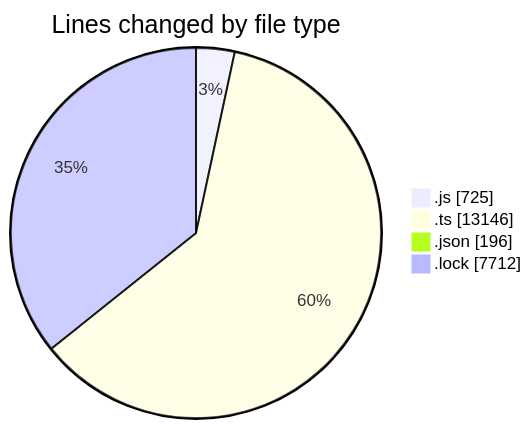
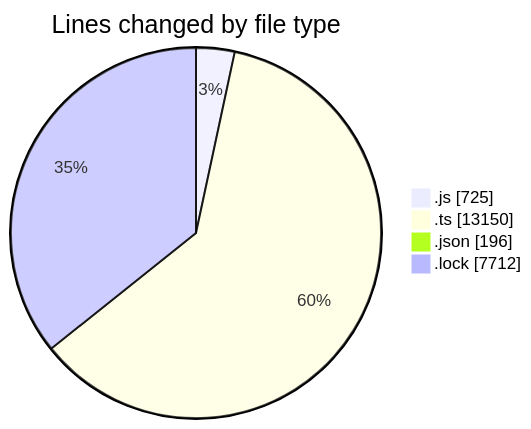
Before and after one commit to momahboobian/code-tracking: the first of 2 diagrams in 2025-05-29/cda/README.md, drawn with Mermaid. The commit also changed other lines of this file and 1 other file, not shown here.

````diff
--- a/2025-05-29/cda/README.md
+++ b/2025-05-29/cda/README.md
@@ -35,8 +35,8 @@
 ```mermaid
 pie showData
 title Lines changed by file type
 ".js" : 725
-".ts" : 13146
+".ts" : 13150
 ".json" : 196
 ".lock" : 7712
 ```
````
